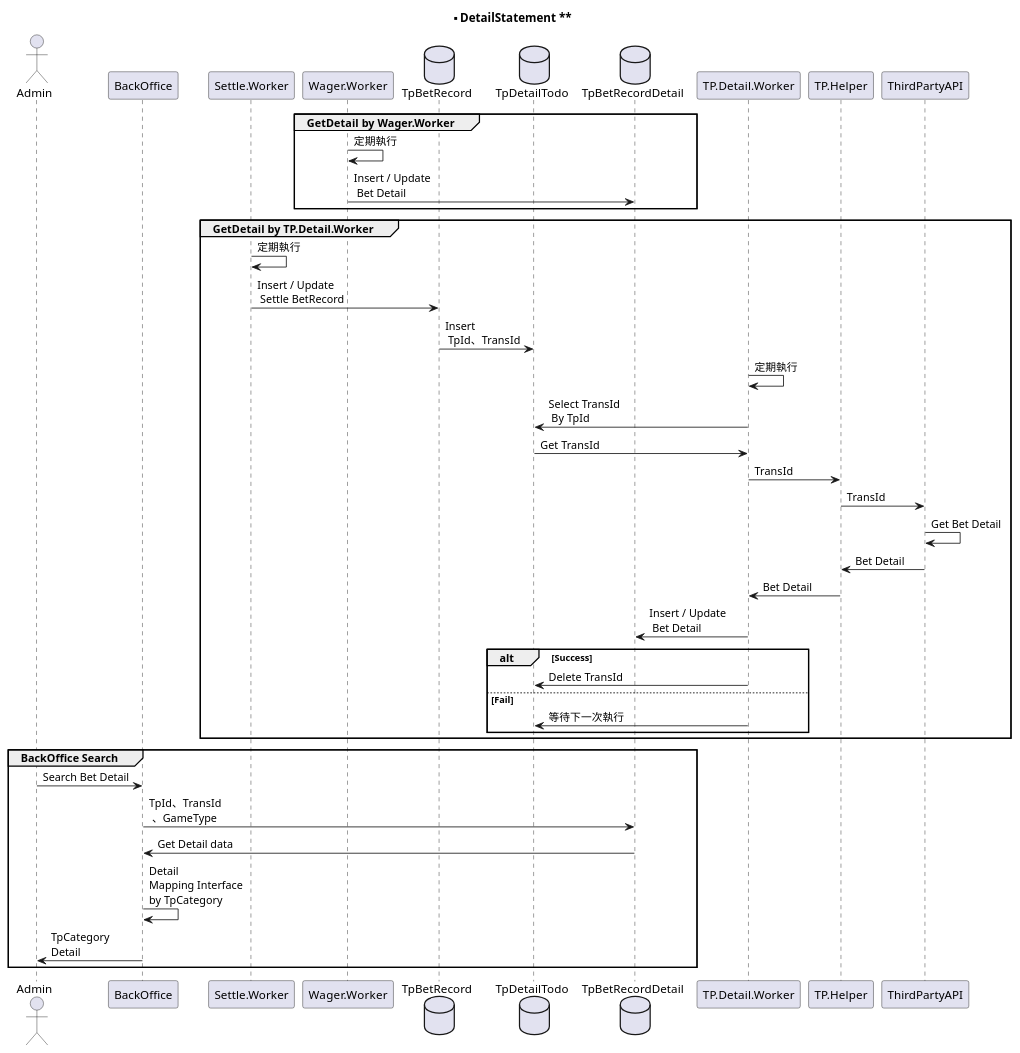
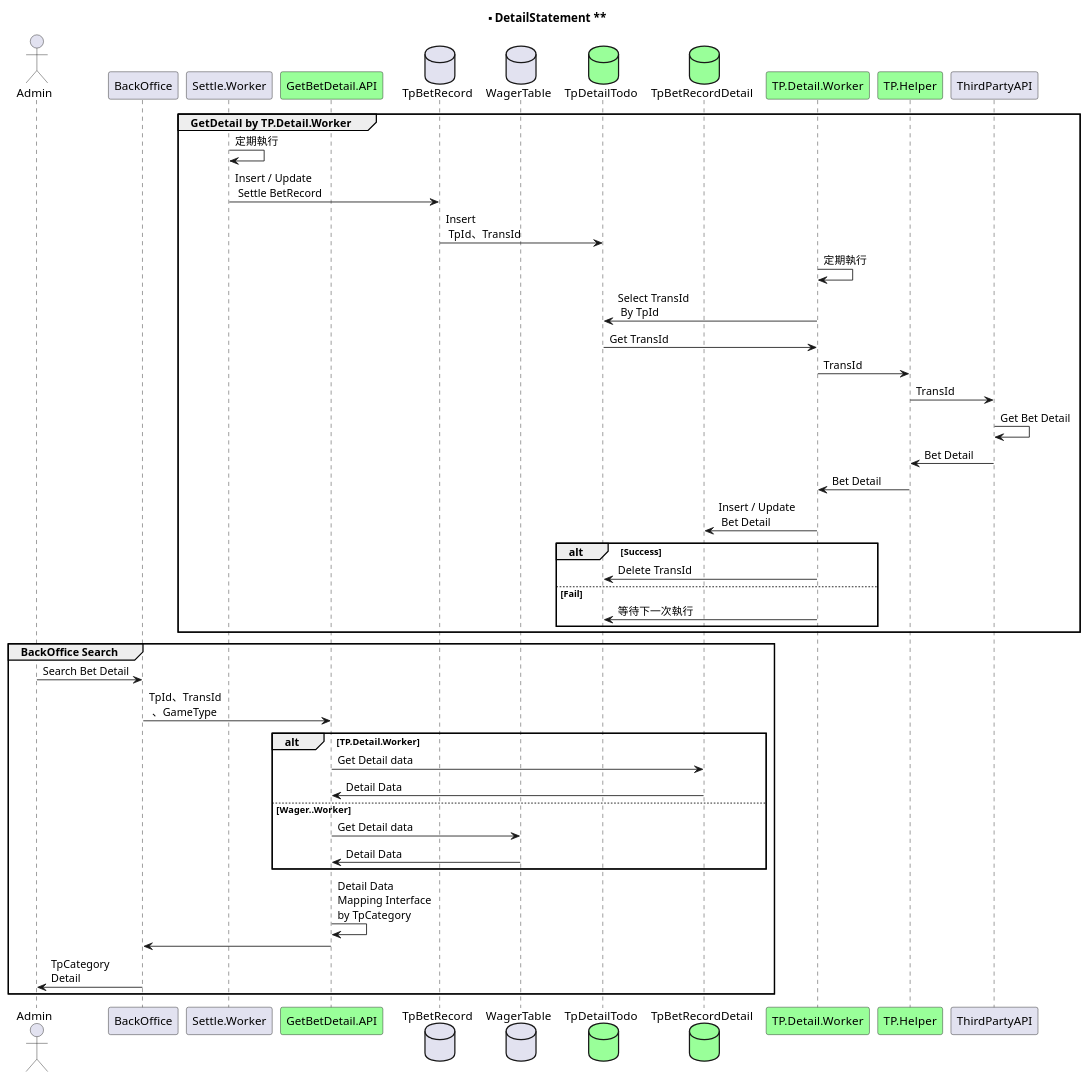
The diagram in DetailStatement.puml (starixvn/S1_backend_uml), drawn with PlantUML before and after one commit. The commit also changed 1 other file, not shown here.

Commit message:
Update DetailStatement.

```diff
--- a/DetailStatement.puml
+++ b/DetailStatement.puml
@@ -1,48 +1,52 @@
 @startuml 
 title ** DetailStatement **
 
 actor Admin
 participant BackOffice 
 participant Settle.Worker 
-participant Wager.Worker 
+participant GetBetDetail.API #99FF99
 
-database  TpBetRecord   
-database  TpDetailTodo
-database  TpBetRecordDetail
-participant TP.Detail.Worker 
-Group GetDetail by Wager.Worker
-Wager.Worker -> Wager.Worker : 定期執行
-Wager.Worker -> TpBetRecordDetail : Insert / Update \n Bet Detail
-END
-
+database  TpBetRecord
+database  WagerTable  
+database  TpDetailTodo  #99FF99
+database  TpBetRecordDetail #99FF99
+participant TP.Detail.Worker  #99FF99
+participant TP.Helper  #99FF99
 
 Group GetDetail by TP.Detail.Worker
 Settle.Worker-> Settle.Worker: 定期執行
 Settle.Worker -> TpBetRecord : Insert / Update \n Settle BetRecord 
 TpBetRecord -> TpDetailTodo :  Insert \n TpId、TransId
 TP.Detail.Worker-> TP.Detail.Worker: 定期執行
 TP.Detail.Worker -> TpDetailTodo : Select TransId \n By TpId
 TpDetailTodo -> TP.Detail.Worker : Get TransId
 TP.Detail.Worker -> TP.Helper:TransId
 TP.Helper -> ThirdPartyAPI :TransId
 ThirdPartyAPI -> ThirdPartyAPI :Get Bet Detail
 ThirdPartyAPI -> TP.Helper : Bet Detail
 TP.Helper -> TP.Detail.Worker : Bet Detail
 TP.Detail.Worker ->  TpBetRecordDetail : Insert / Update \n Bet Detail
 alt Success
     TP.Detail.Worker ->  TpDetailTodo : Delete TransId
 else Fail
     TP.Detail.Worker ->  TpDetailTodo : 等待下一次執行
 end
 
 
 END
 
 GROUP BackOffice Search
 Admin -> BackOffice:Search Bet Detail
-BackOffice -> TpBetRecordDetail:TpId、TransId\n 、GameType
-TpBetRecordDetail -> BackOffice : Get Detail data
-BackOffice -> BackOffice: Detail \nMapping Interface \nby TpCategory
+BackOffice -> GetBetDetail.API:TpId、TransId\n 、GameType
+alt TP.Detail.Worker
+    GetBetDetail.API -> TpBetRecordDetail:Get Detail data
+    TpBetRecordDetail -> GetBetDetail.API:Detail Data
+else Wager..Worker
+    GetBetDetail.API -> WagerTable : Get Detail data
+    WagerTable -> GetBetDetail.API:Detail Data
+end
+GetBetDetail.API -> GetBetDetail.API: Detail Data \nMapping Interface \nby TpCategory
+GetBetDetail.API -> BackOffice
 BackOffice -> Admin : TpCategory \nDetail
 END
 @enduml
```
